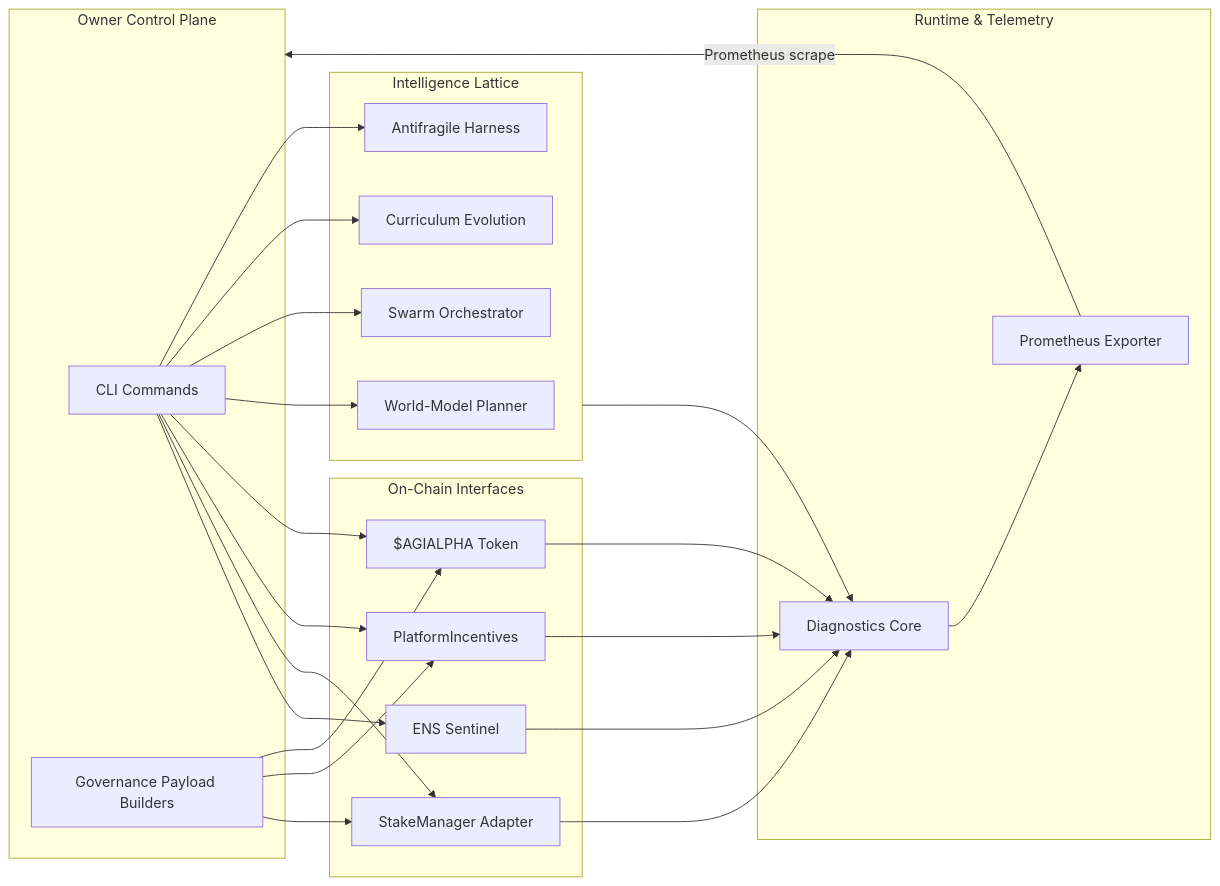
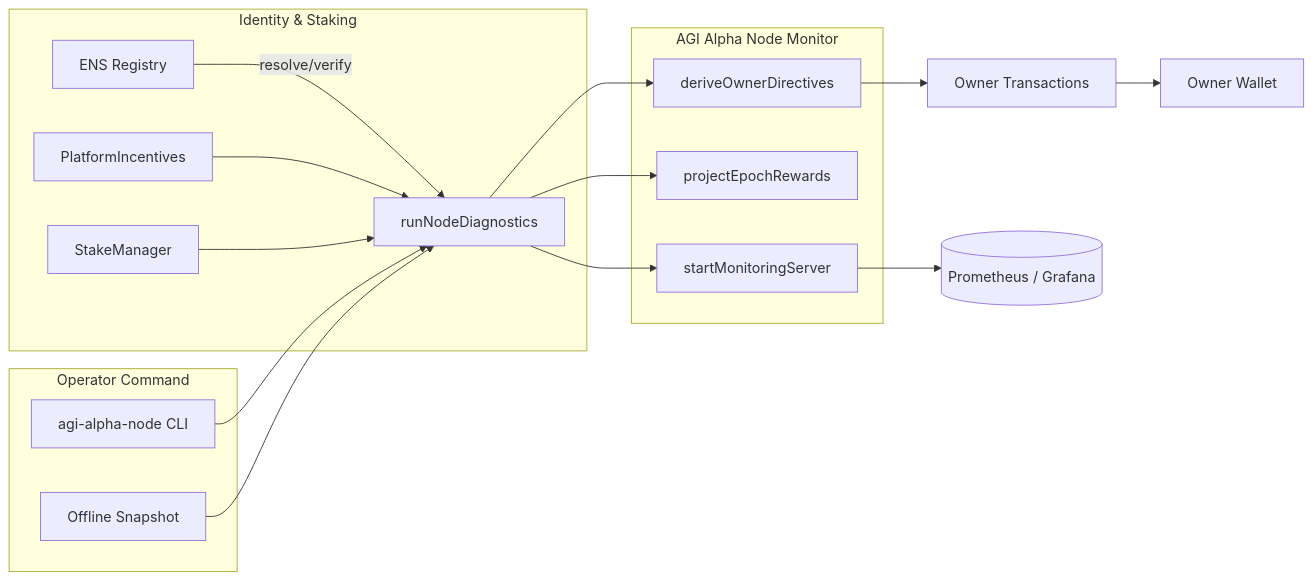
The first of 2 diagrams in README.md (MontrealAI/AGI-Alpha-Node-v0), drawn with Mermaid before and after one commit. The commit also changed other lines of this file and 14 other files, not shown here.

Commit message:
Add offline diagnostics mode and deployment assets

````diff
--- a/README.md
+++ b/README.md
@@ -255,44 +154,26 @@
 ```mermaid
 flowchart LR
-    subgraph OwnerControl[Owner Control Plane]
-        CLI[CLI Commands]
-        ControlPayloads[Governance Payload Builders]
+    subgraph Identity & Staking
+      ENS[ENS Registry] -->|resolve/verify| Diagnostics
+      Incentives[PlatformIncentives] --> Diagnostics
+      StakeManager --> Diagnostics
     end
-    subgraph ChainInterface[On-Chain Interfaces]
-        ENS[ENS Sentinel]
-        StakeMgr[StakeManager Adapter]
-        Incentives[PlatformIncentives]
-        Token[$AGIALPHA Token]
+    subgraph AGI Alpha Node Monitor
+      Diagnostics[runNodeDiagnostics]
+      ControlPlane[deriveOwnerDirectives]
+      Rewards[projectEpochRewards]
+      Telemetry[startMonitoringServer]
+      Diagnostics --> ControlPlane
+      Diagnostics --> Rewards
+      Diagnostics --> Telemetry
     end
-    subgraph IntelligenceMesh[Intelligence Lattice]
-        Planner[World-Model Planner]
-        Swarm[Swarm Orchestrator]
-        Learning[Curriculum Evolution]
-        Stress[Antifragile Harness]
+    subgraph Operator Command
+      CLI[agi-alpha-node CLI]
+      Snapshot[Offline Snapshot]
     end
-    subgraph Runtime[Runtime & Telemetry]
-        Diagnostics[Diagnostics Core]
-        Metrics[Prometheus Exporter]
-    end
-
-    CLI --> ENS
-    CLI --> StakeMgr
-    CLI --> Incentives
-    CLI --> Token
-    CLI --> Planner
-    CLI --> Swarm
-    CLI --> Learning
-    CLI --> Stress
-
-    ControlPayloads --> StakeMgr
-    ControlPayloads --> Incentives
-    ControlPayloads --> Token
-
-    ENS --> Diagnostics
-    StakeMgr --> Diagnostics
-    Incentives --> Diagnostics
-    Token --> Diagnostics
-    IntelligenceMesh --> Diagnostics
-    Diagnostics --> Metrics
-    Metrics -->|Prometheus scrape| OwnerControl
+    CLI --> Diagnostics
+    Snapshot --> Diagnostics
+    ControlPlane --> Actions[Owner Transactions]
+    Telemetry --> Prometheus[(Prometheus / Grafana)]
+    Actions --> OwnerWallet[Owner Wallet]
 ```
````
